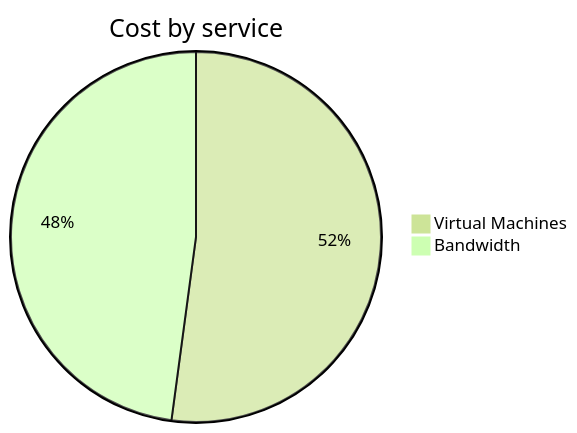
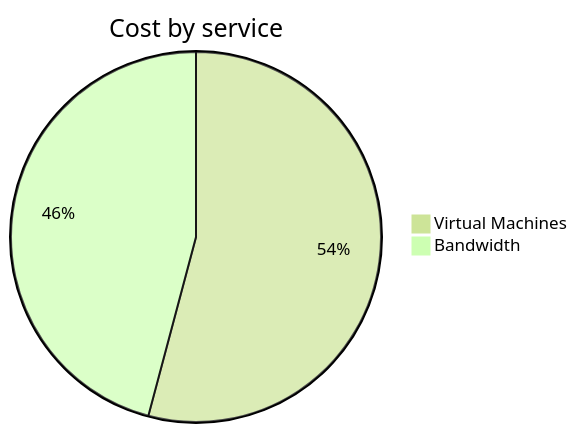
The second of 4 diagrams in cost-reports/personal-network/vpn-server.md (jpfulton/azure-personal-reports), drawn with Mermaid (forest theme) before and after one commit. The commit also changed other lines of this file and 8 other files, not shown here.

````diff
--- a/cost-reports/personal-network/vpn-server.md
+++ b/cost-reports/personal-network/vpn-server.md
@@ -96,6 +96,6 @@
 ```mermaid
 pie
    title Cost by service
-   "Virtual Machines" : 2.95
+   "Virtual Machines" : 3.20
    "Bandwidth" : 2.71
 ```
````
